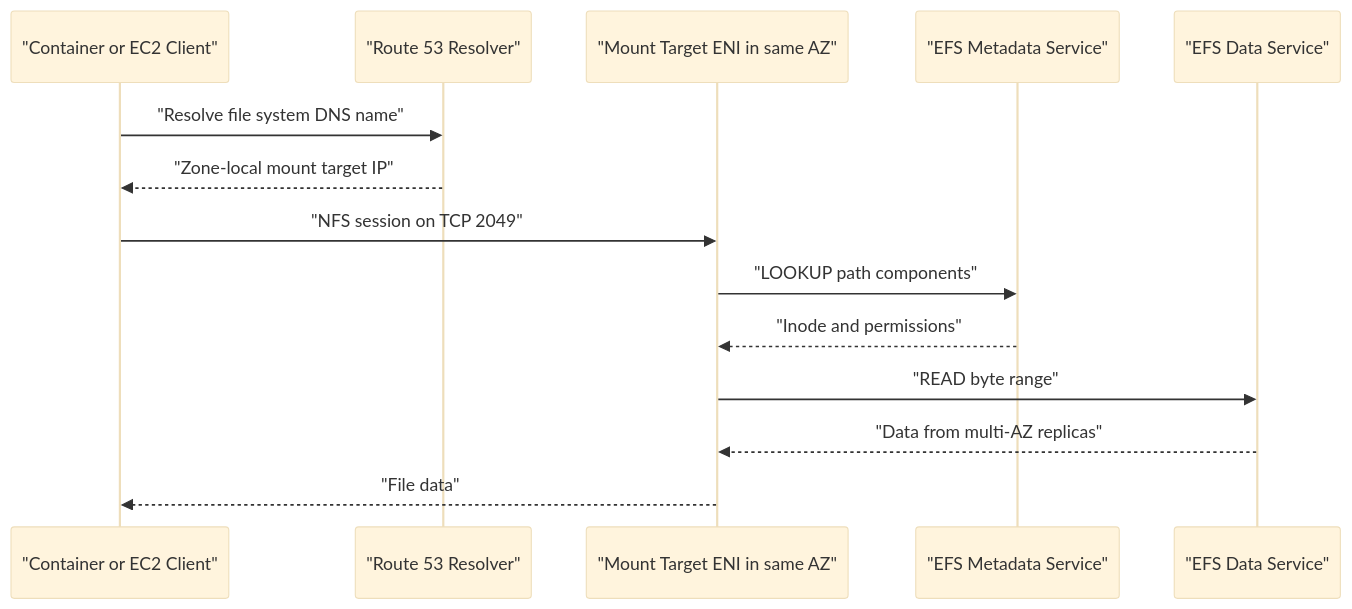
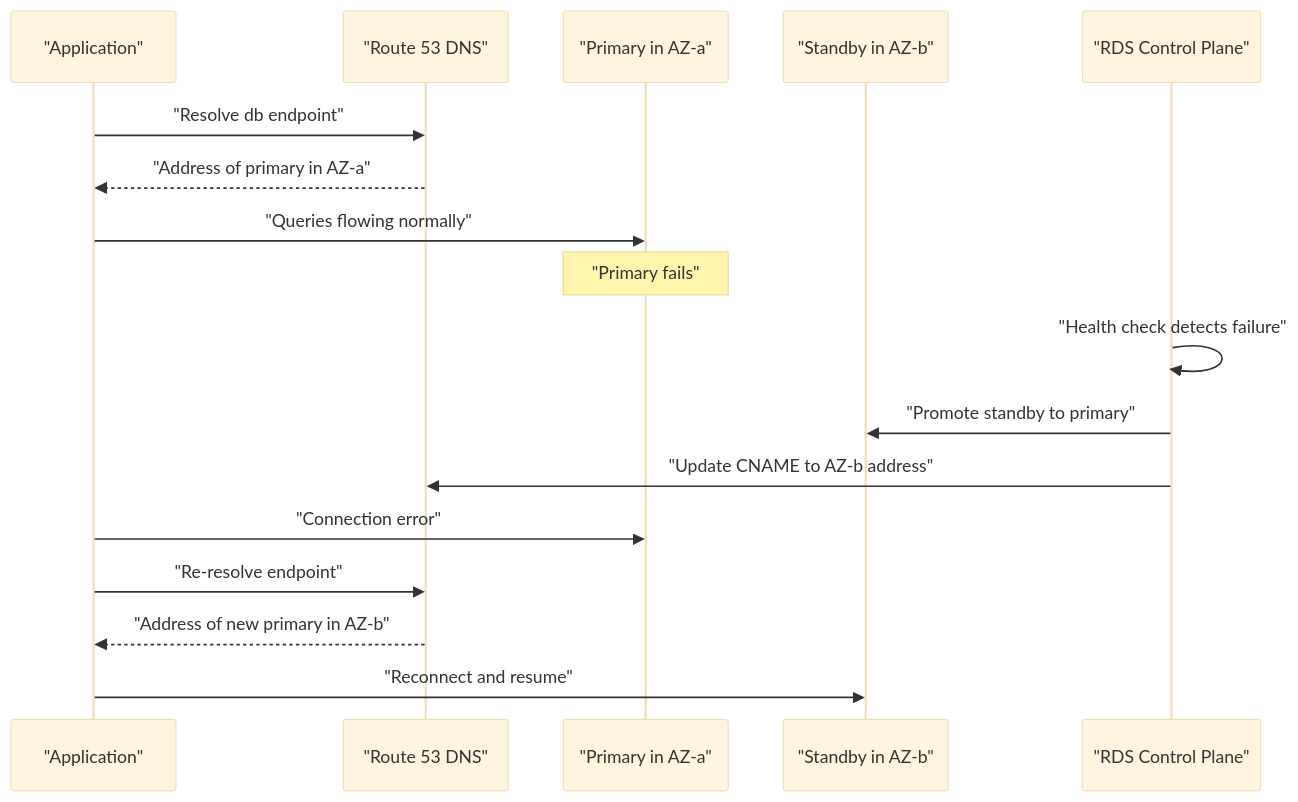
Before and after one commit to norbutlepcha25/dso303: the tenth of 35 diagrams in docs/unit1/topic5.md, drawn with Mermaid (base theme). The commit also changed other lines of this file and 945 other files, not shown here.

````diff
--- a/docs/unit1/topic5.md
+++ b/docs/unit1/topic5.md
@@ -636,16 +516,19 @@
 ```mermaid
 sequenceDiagram
-    participant C as "Container or EC2 Client"
-    participant DNS as "Route 53 Resolver"
-    participant MT as "Mount Target ENI in same AZ"
-    participant MD as "EFS Metadata Service"
-    participant DS as "EFS Data Service"
-    C->>DNS: "Resolve file system DNS name"
-    DNS-->>C: "Zone-local mount target IP"
-    C->>MT: "NFS session on TCP 2049"
-    MT->>MD: "LOOKUP path components"
-    MD-->>MT: "Inode and permissions"
-    MT->>DS: "READ byte range"
-    DS-->>MT: "Data from multi-AZ replicas"
-    MT-->>C: "File data"
+    participant APP as "Application"
+    participant DNS as "Route 53 DNS"
+    participant P as "Primary in AZ-a"
+    participant S as "Standby in AZ-b"
+    participant RDS as "RDS Control Plane"
+    APP->>DNS: "Resolve db endpoint"
+    DNS-->>APP: "Address of primary in AZ-a"
+    APP->>P: "Queries flowing normally"
+    Note over P: "Primary fails"
+    RDS->>RDS: "Health check detects failure"
+    RDS->>S: "Promote standby to primary"
+    RDS->>DNS: "Update CNAME to AZ-b address"
+    APP->>P: "Connection error"
+    APP->>DNS: "Re-resolve endpoint"
+    DNS-->>APP: "Address of new primary in AZ-b"
+    APP->>S: "Reconnect and resume"
 ```
````
